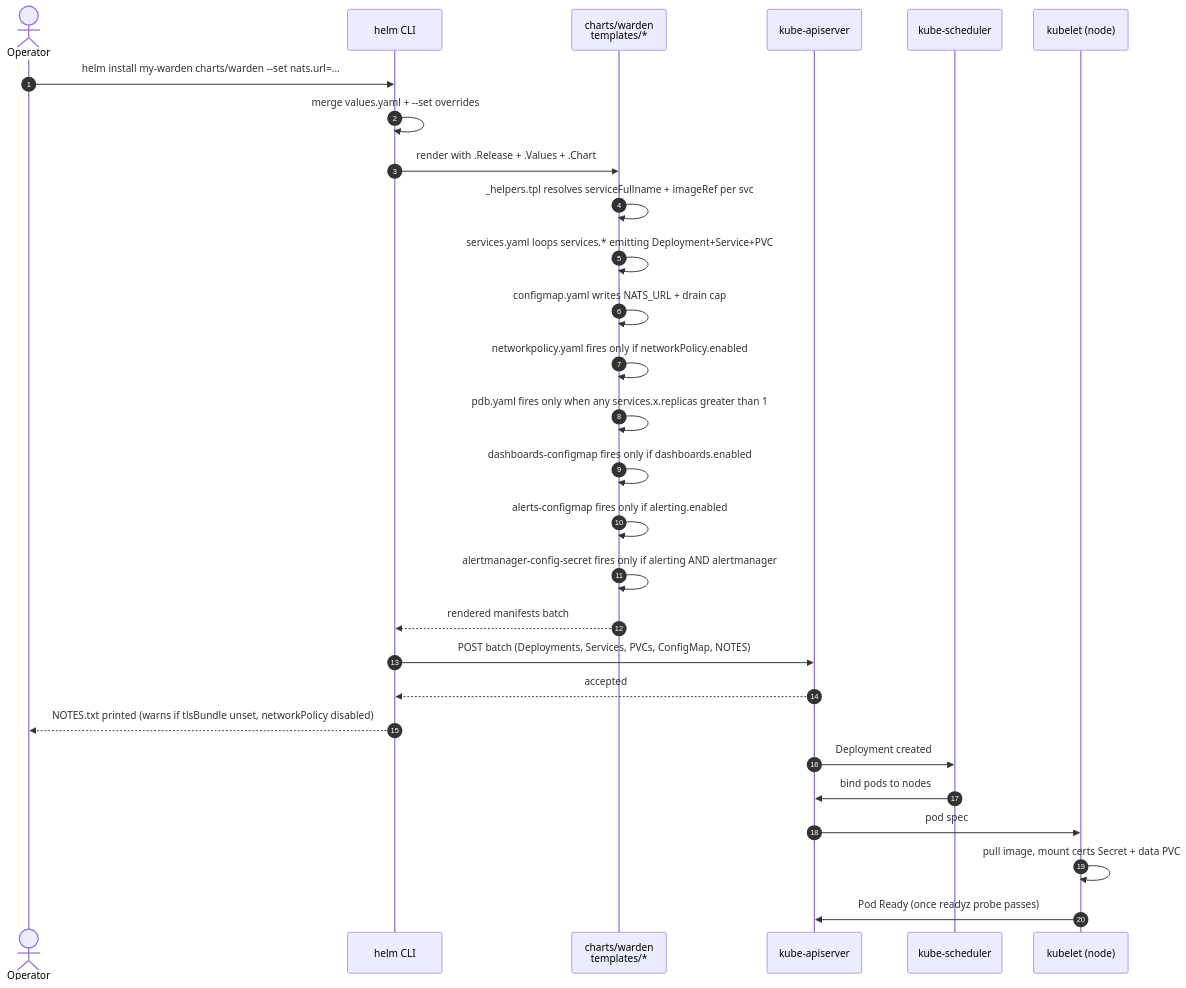
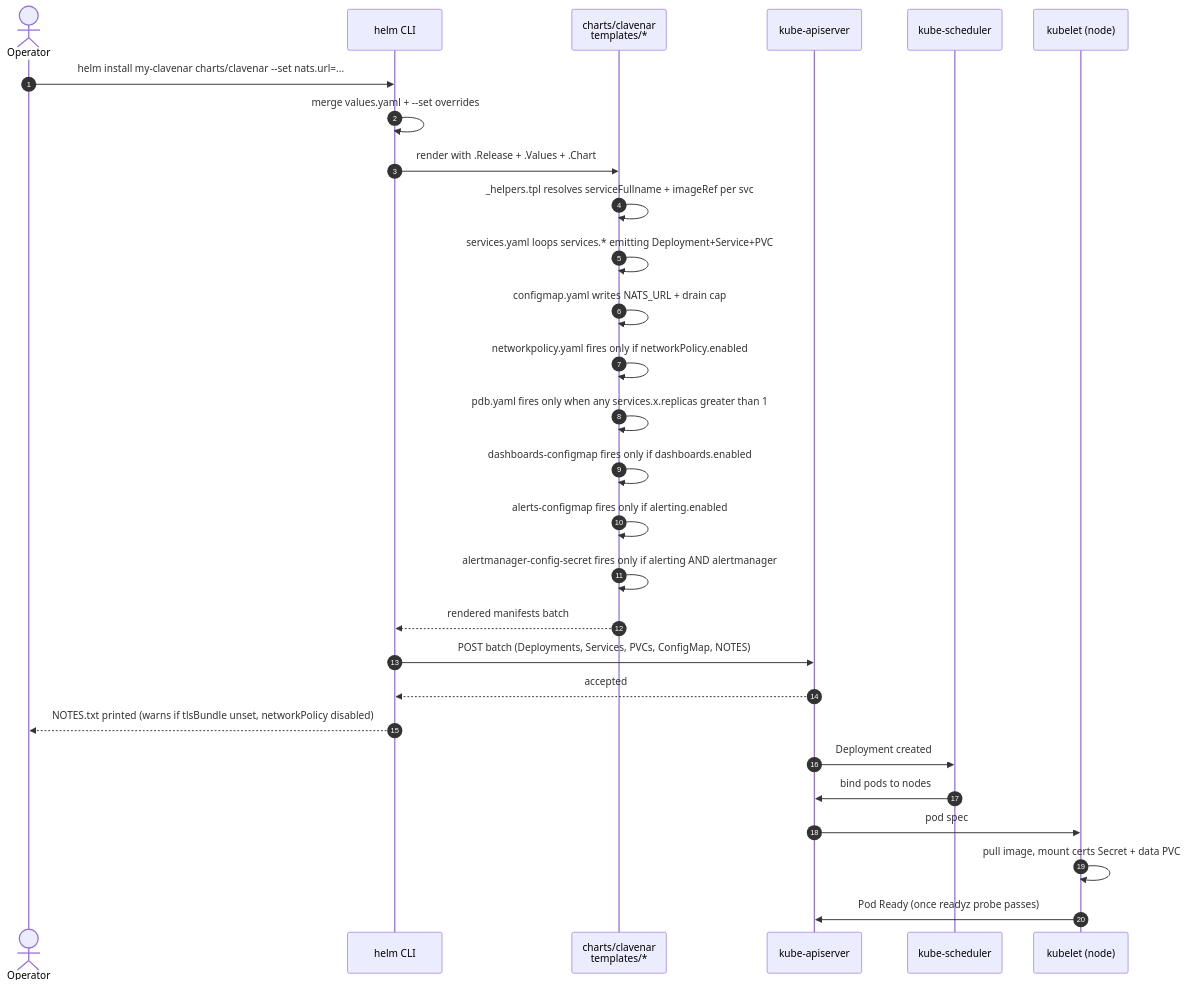
Before and after one commit to clavenar/clavenar-charts: the first of 7 diagrams in docs/SEQUENCES.md, drawn with Mermaid. The commit also changed other lines of this file and 40 other files, not shown here.

First line of the commit message:
rename product Agent Warden → Clavenar

````diff
--- a/docs/SEQUENCES.md
+++ b/docs/SEQUENCES.md
@@ -19,31 +19,31 @@
 ```mermaid
 sequenceDiagram
     autonumber
     actor Op as Operator
     participant Helm as helm CLI
-    participant Tpl as charts/warden<br/>templates/*
+    participant Tpl as charts/clavenar<br/>templates/*
     participant API as kube-apiserver
     participant Sched as kube-scheduler
     participant Kube as kubelet (node)
 
-    Op->>Helm: helm install my-warden charts/warden --set nats.url=...
+    Op->>Helm: helm install my-clavenar charts/clavenar --set nats.url=...
     Helm->>Helm: merge values.yaml + --set overrides
     Helm->>Tpl: render with .Release + .Values + .Chart
     Tpl->>Tpl: _helpers.tpl resolves serviceFullname + imageRef per svc
     Tpl->>Tpl: services.yaml loops services.* emitting Deployment+Service+PVC
     Tpl->>Tpl: configmap.yaml writes NATS_URL + drain cap
     Tpl->>Tpl: networkpolicy.yaml fires only if networkPolicy.enabled
     Tpl->>Tpl: pdb.yaml fires only when any services.x.replicas greater than 1
     Tpl->>Tpl: dashboards-configmap fires only if dashboards.enabled
     Tpl->>Tpl: alerts-configmap fires only if alerting.enabled
     Tpl->>Tpl: alertmanager-config-secret fires only if alerting AND alertmanager
     Tpl-->>Helm: rendered manifests batch
     Helm->>API: POST batch (Deployments, Services, PVCs, ConfigMap, NOTES)
     API-->>Helm: accepted
     Helm-->>Op: NOTES.txt printed (warns if tlsBundle unset, networkPolicy disabled)
     API->>Sched: Deployment created
     Sched->>API: bind pods to nodes
     API->>Kube: pod spec
     Kube->>Kube: pull image, mount certs Secret + data PVC
     Kube->>API: Pod Ready (once readyz probe passes)
 ```
````
